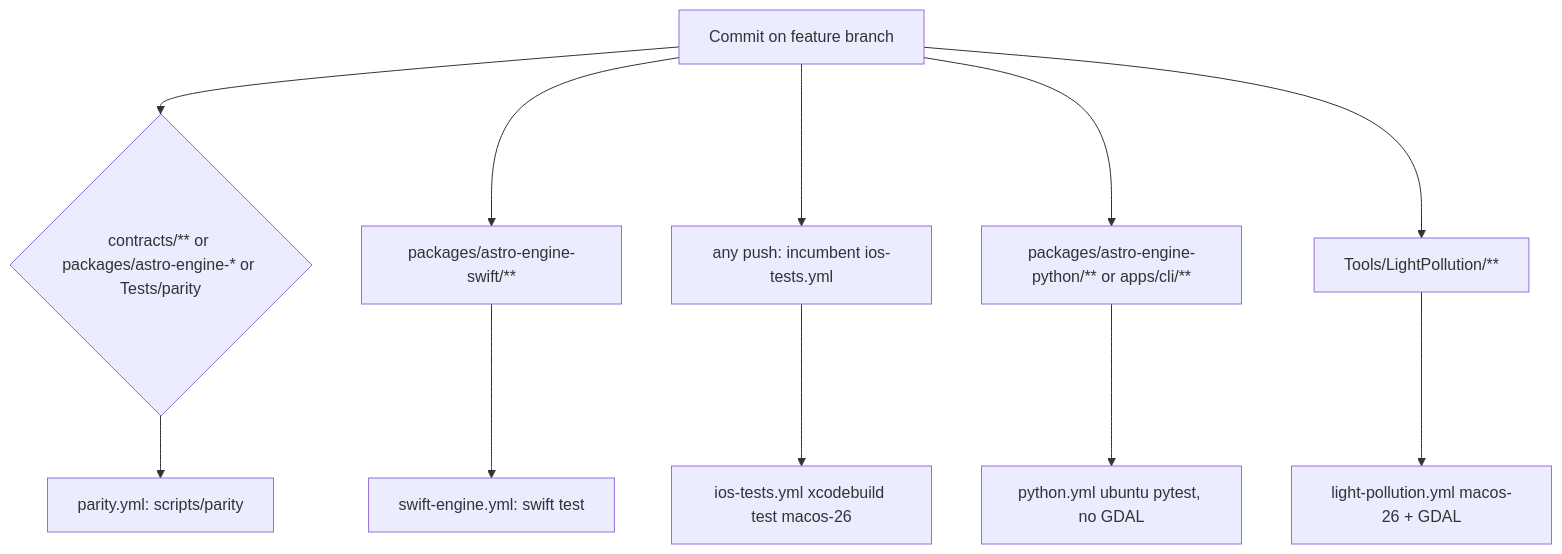
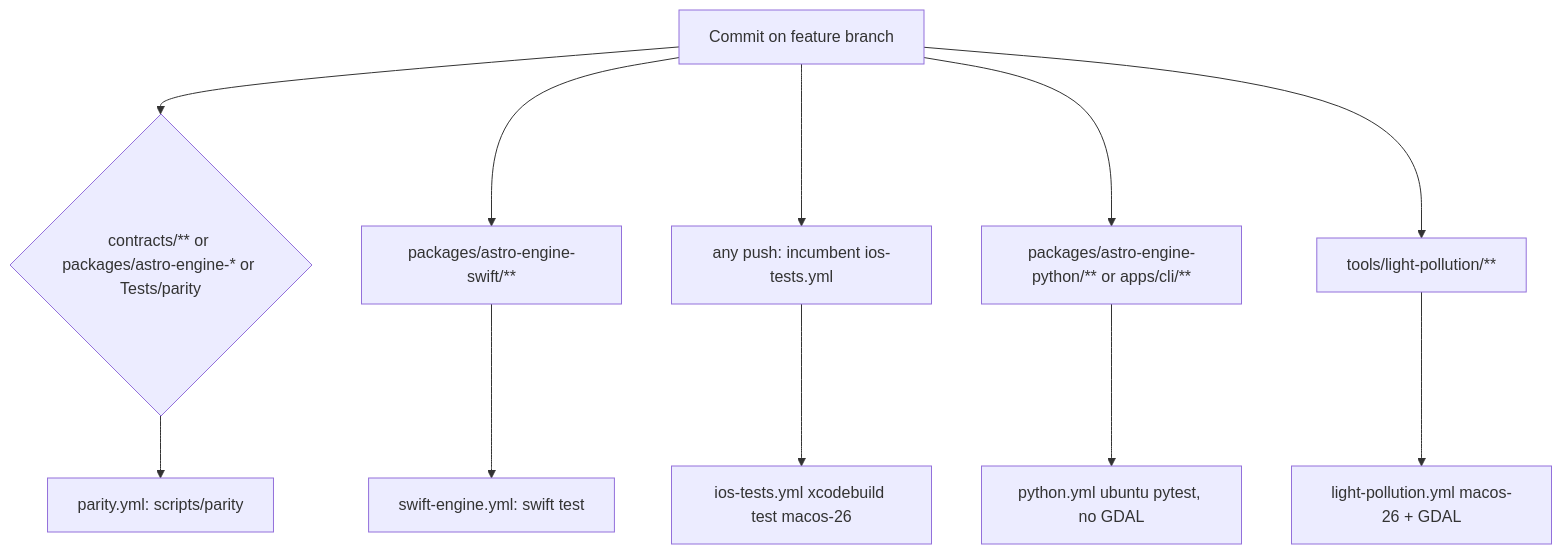
The third of 3 diagrams in docs/design/dual-implementation-astro-engine.md (gdombiak/AstroViewingConditions), drawn with Mermaid before and after one commit. The commit also changed other lines of this file and 463 other files, not shown here.

Commit message:
Relocate Apple app and light-pollution tooling

````diff
--- a/docs/design/dual-implementation-astro-engine.md
+++ b/docs/design/dual-implementation-astro-engine.md
@@ -1101,15 +1101,15 @@
 ```mermaid
 flowchart TB
   Change[Commit on feature branch]
   Change --> Parity{"contracts/** or packages/astro-engine-* or Tests/parity"}
   Change --> SwiftPkg["packages/astro-engine-swift/**"]
   Change --> Apple["any push: incumbent ios-tests.yml"]
   Change --> Py["packages/astro-engine-python/** or apps/cli/**"]
-  Change --> LP["Tools/LightPollution/**"]
+  Change --> LP["tools/light-pollution/**"]
 
   Parity --> ParityJob["parity.yml: scripts/parity"]
   SwiftPkg --> SwiftTest["swift-engine.yml: swift test"]
   Apple --> IOSFull["ios-tests.yml xcodebuild test macos-26"]
   Py --> PyJob["python.yml ubuntu pytest, no GDAL"]
   LP --> LPJob["light-pollution.yml macos-26 + GDAL"]
 ```
````
